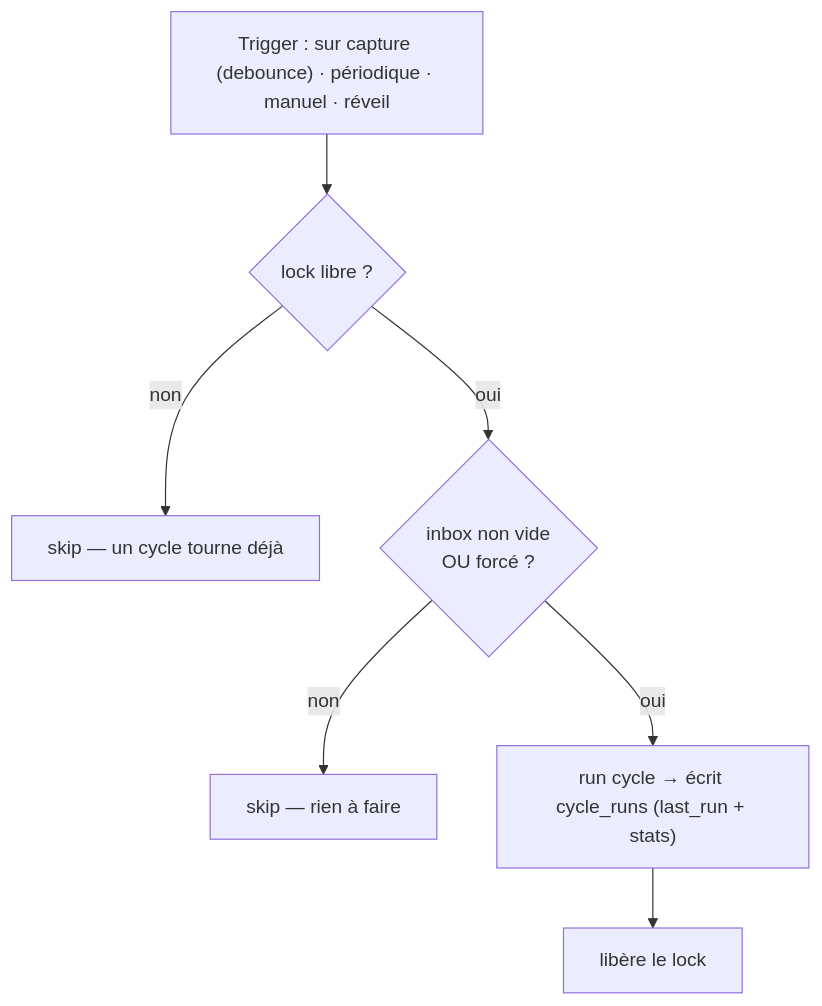
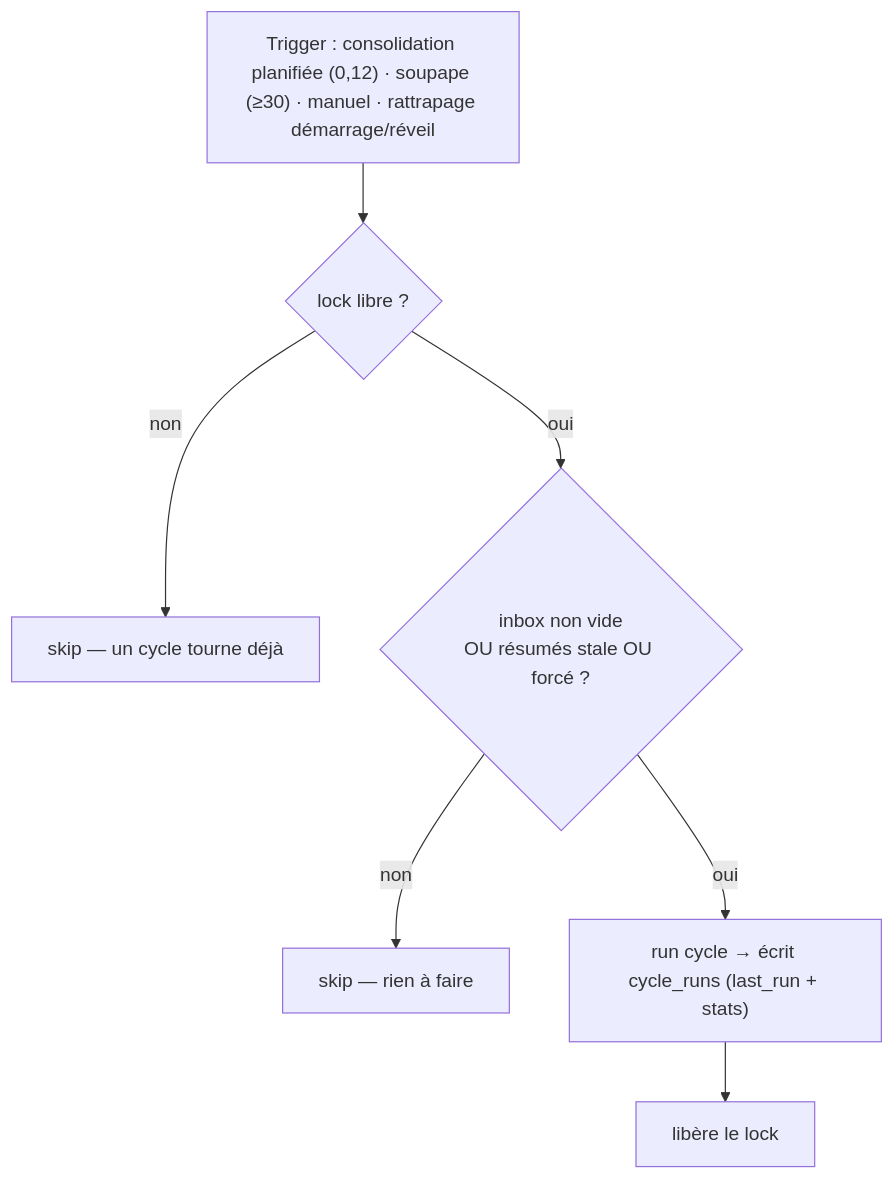
One commit to alexisraitano-myffu/synapse changed the fourth of 5 diagrams in docs/ARCHITECTURE.md. Above: the diagram before and after it, drawn with Mermaid. The commit also changed other lines of this file and 4 other files, not shown here.

First line of the commit message:
docs: bring the public docs up to date (README, ARCHITECTURE, engine map)

````diff
--- a/docs/ARCHITECTURE.md
+++ b/docs/ARCHITECTURE.md
@@ -185,9 +231,9 @@
 ```mermaid
 flowchart TD
-    T["Trigger : sur capture (debounce) · périodique · manuel · réveil"] --> L{"lock libre ?"}
+    T["Trigger : consolidation planifiée (0,12) · soupape (≥30) · manuel · rattrapage démarrage/réveil"] --> L{"lock libre ?"}
     L -->|non| S1["skip — un cycle tourne déjà"]
-    L -->|oui| I{"inbox non vide<br/>OU forcé ?"}
+    L -->|oui| I{"inbox non vide<br/>OU résumés stale OU forcé ?"}
     I -->|non| S2["skip — rien à faire"]
     I -->|oui| R["run cycle → écrit cycle_runs (last_run + stats)"]
     R --> U["libère le lock"]
 ```
````
